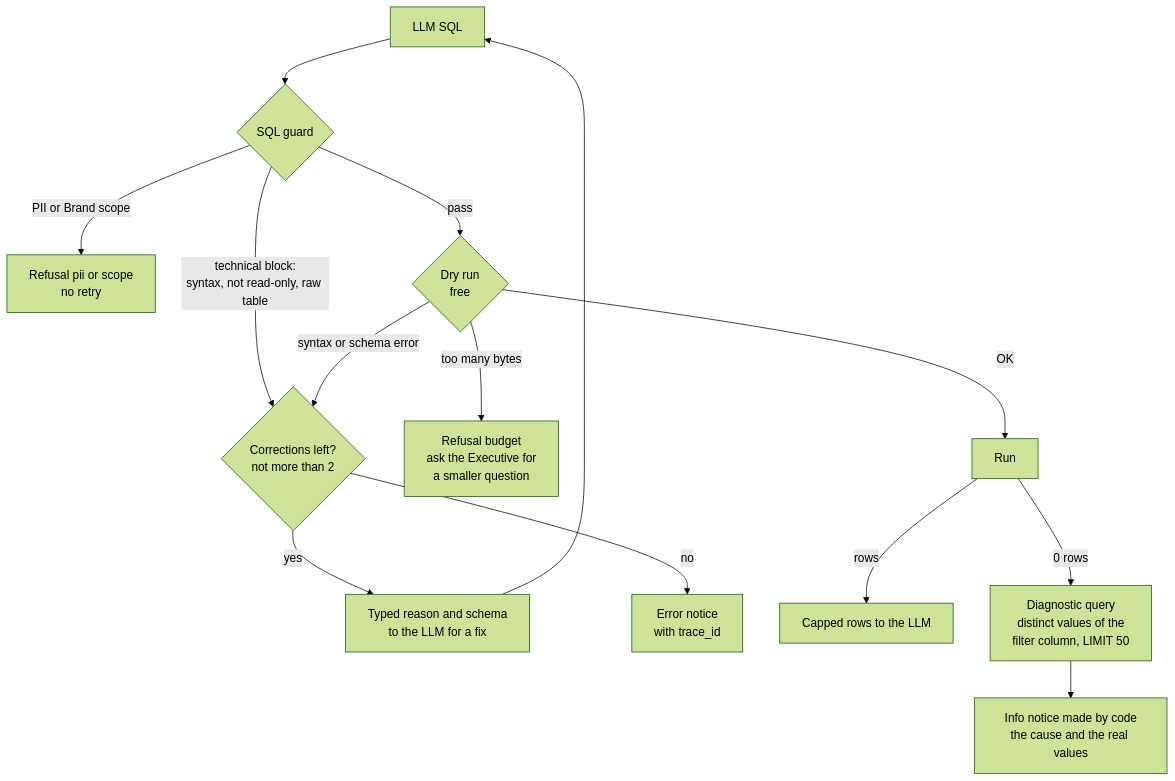
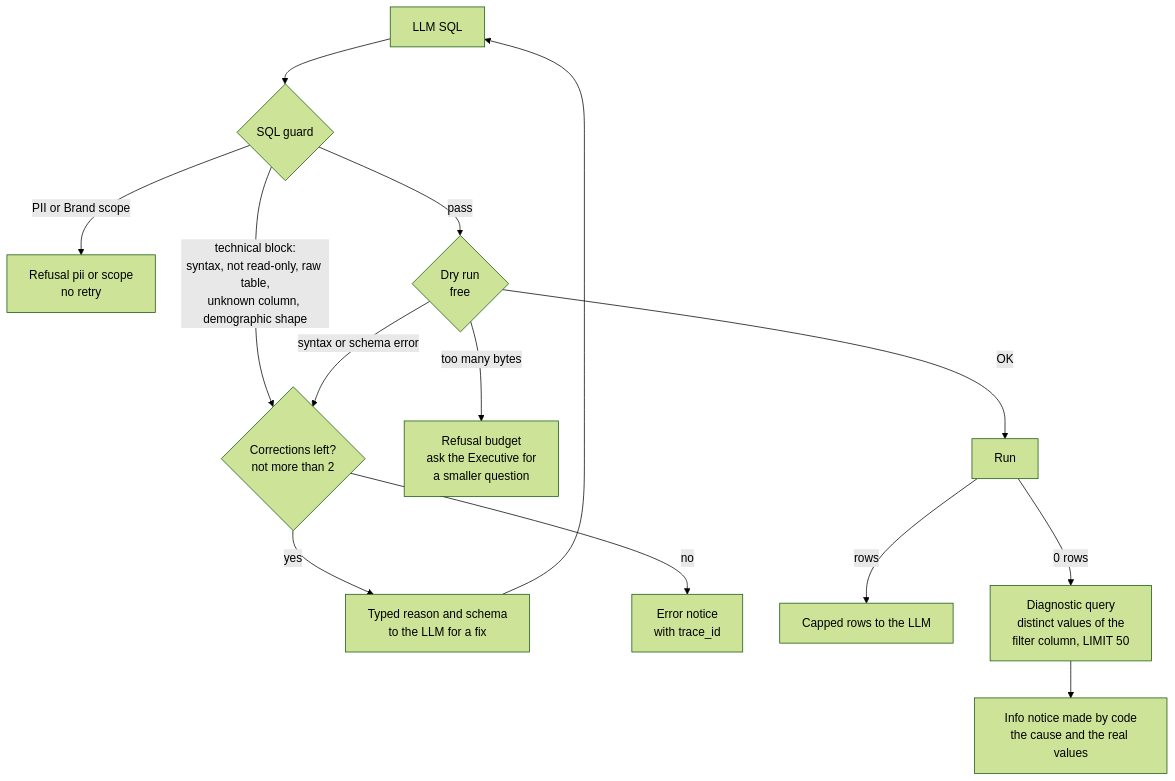
Diagram 24 of 31 in docs/design/hld.md (modvala/data-chat-assistant), drawn with Mermaid (forest theme) before and after one commit. The commit also changed other lines of this file and 23 other files, not shown here.

````diff
--- a/docs/design/hld.md
+++ b/docs/design/hld.md
@@ -1137,16 +1138,16 @@
 ```mermaid
 flowchart TB
     S[LLM SQL] --> V{SQL guard}
     V -->|"PII or Brand scope"| REF["Refusal pii or scope<br/>no retry"]
-    V -->|"technical block:<br/>syntax, not read-only, raw table"| AT
+    V -->|"technical block:<br/>syntax, not read-only, raw table,<br/>unknown column, demographic shape"| AT
     V -->|pass| DR{"Dry run<br/>free"}
     DR -->|"syntax or schema error"| AT{"Corrections left?<br/>not more than 2"}
     AT -->|yes| FIX["Typed reason and schema<br/>to the LLM for a fix"]
     FIX --> S
     AT -->|no| HON["Error notice<br/>with trace_id"]
     DR -->|"too many bytes"| BIG["Refusal budget<br/>ask the Executive for<br/>a smaller question"]
     DR -->|OK| RUN[Run]
     RUN -->|rows| OK[Capped rows to the LLM]
     RUN -->|"0 rows"| DIAG["Diagnostic query<br/>distinct values of the<br/>filter column, LIMIT 50"]
     DIAG --> EMPTY["Info notice made by code<br/>the cause and the real values"]
 ```
````
